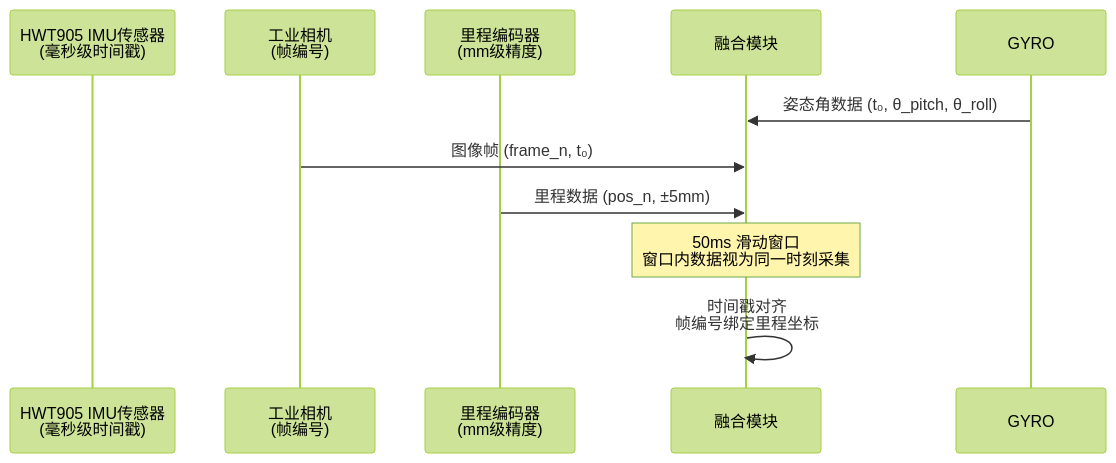
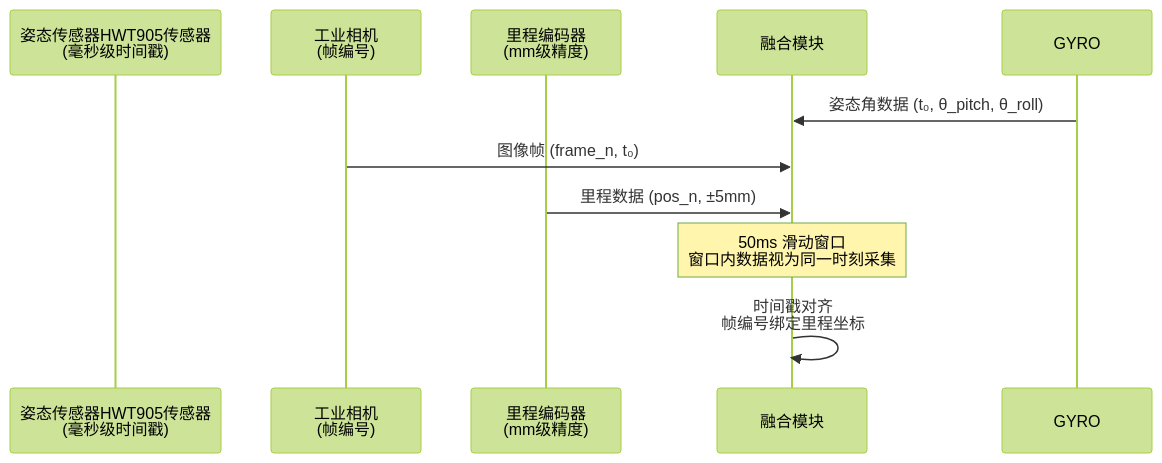
Before and after one commit to gao66683366-lab/workspace: the eighth of 11 diagrams in 铁路线路智能综合检测机器人/技术文档章节拆分_20260417_0116/铁路线路智能综合检测机器人_技术文档_V3.0_第04章_软件与AI算法架构_20260306_20260417_0116.md, drawn with Mermaid (forest theme). The commit also changed other lines of this file and 13 other files, not shown here.

Commit message:
fix(all chapters): HWT905→姿态传感器HWT905全面替换；清除最后1处双陀螺仪残留描述；第2/3/4/6/7/10/11章Word更新

````diff
--- a/铁路线路智能综合检测机器人/技术文档章节拆分_20260417_0116/铁路线路智能综合检测机器人_技术文档_V3.0_第04章_软件与AI算法架构_20260306_20260417_0116.md
+++ b/铁路线路智能综合检测机器人/技术文档章节拆分_20260417_0116/铁路线路智能综合检测机器人_技术文档_V3.0_第04章_软件与AI算法架构_20260306_20260417_0116.md
@@ -1461,15 +1461,15 @@
 ```mermaid
 sequenceDiagram
-    participant HWT905 as HWT905 IMU传感器<br/>(毫秒级时间戳)
+    participant 姿态传感器HWT905 as 姿态传感器HWT905传感器<br/>(毫秒级时间戳)
     participant CAM as 工业相机<br/>(帧编号)
     participant ENC as 里程编码器<br/>(mm级精度)
     participant FUSION as 融合模块
 
     GYRO->>FUSION: 姿态角数据 (t₀, θ_pitch, θ_roll)
     CAM->>FUSION: 图像帧 (frame_n, t₀)
     ENC->>FUSION: 里程数据 (pos_n, ±5mm)
 
     Note over FUSION: 50ms 滑动窗口<br/>窗口内数据视为同一时刻采集
 
     FUSION->>FUSION: 时间戳对齐<br/>帧编号绑定里程坐标
 ```
````
